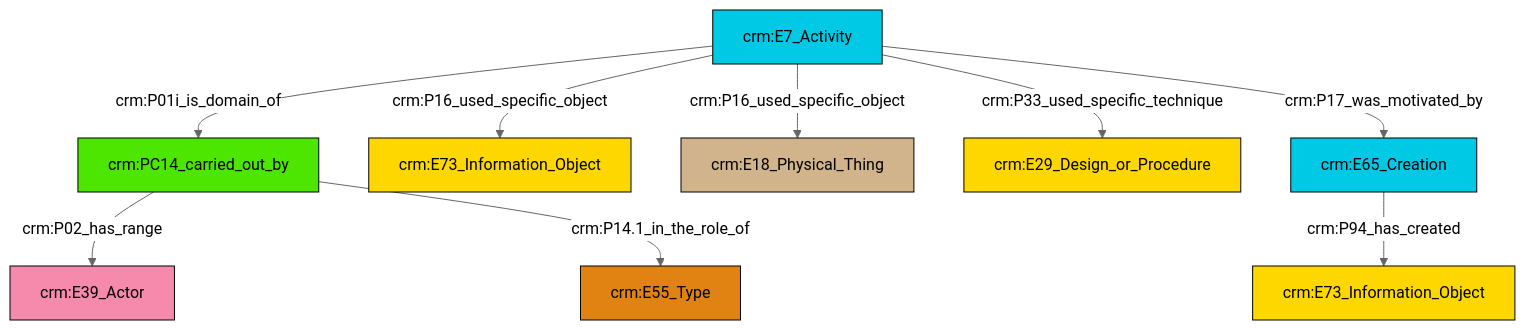
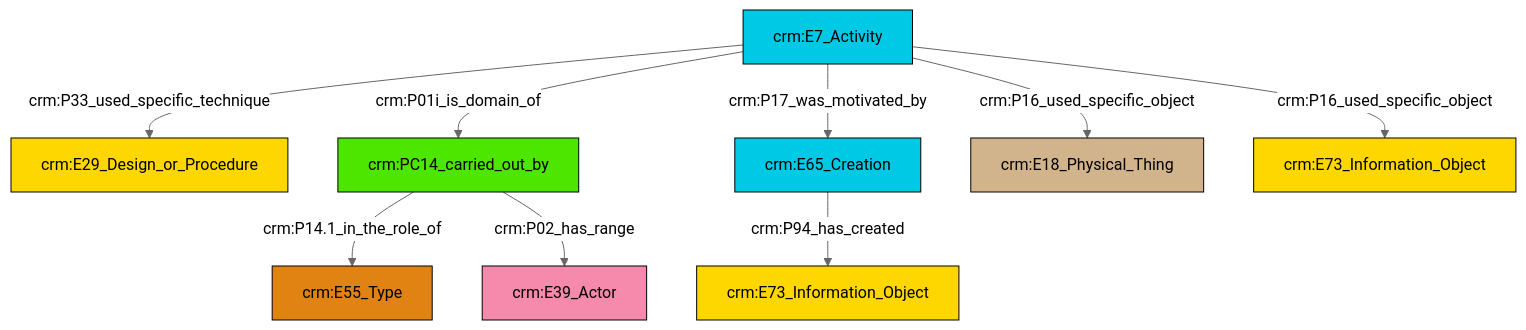
The diagram in et/eventCSV/ttl/mmd/event_participation.ttl.mmd (swiss-art-research-net/reference-data-models), drawn with Mermaid (neutral theme) before and after one commit. The commit also changed 126 other files, not shown here.

```diff
--- a/et/eventCSV/ttl/mmd/event_participation.ttl.mmd
+++ b/et/eventCSV/ttl/mmd/event_participation.ttl.mmd
@@ -1,23 +1,23 @@
 graph TD
 classDef Literal fill:#f2f2f2,stroke:#000000;
 classDef CRM_Entity fill:#FFFFFF,stroke:#000000;
 classDef Temporal_Entity fill:#00C9E6, stroke:#000000;
 classDef Type fill:#E18312, stroke:#000000;
 classDef Time-Span fill:#2C9C91, stroke:#000000;
 classDef Appellation fill:#FFEB7F, stroke:#000000;
 classDef Place fill:#008836, stroke:#000000;
 classDef Persistent_Item fill:#B266B2, stroke:#000000;
 classDef Conceptual_Object fill:#FFD700, stroke:#000000;
 classDef Physical_Thing fill:#D2B48C, stroke:#000000;
 classDef Actor fill:#f58aad, stroke:#000000;
 classDef PC_Classes fill:#4ce600, stroke:#000000;
 classDef Multi fill:#cccccc,stroke:#000000;
 
-0["crm:E65_Creation"]:::Temporal_Entity -->|crm:P94_has_created| 1["crm:E73_Information_Object"]:::Conceptual_Object
-2["crm:E7_Activity"]:::Temporal_Entity -->|crm:P16_used_specific_object| 3["crm:E73_Information_Object"]:::Conceptual_Object
-2["crm:E7_Activity"]:::Temporal_Entity -->|crm:P16_used_specific_object| 5["crm:E18_Physical_Thing"]:::Physical_Thing
-2["crm:E7_Activity"]:::Temporal_Entity -->|crm:P33_used_specific_technique| 9["crm:E29_Design_or_Procedure"]:::Conceptual_Object
-10["crm:PC14_carried_out_by"]:::PC_Classes -->|crm:P02_has_range| 6["crm:E39_Actor"]:::Actor
-2["crm:E7_Activity"]:::Temporal_Entity -->|crm:P01i_is_domain_of| 10["crm:PC14_carried_out_by"]:::PC_Classes
-10["crm:PC14_carried_out_by"]:::PC_Classes -->|crm:P14.1_in_the_role_of| 11["crm:E55_Type"]:::Type
-2["crm:E7_Activity"]:::Temporal_Entity -->|crm:P17_was_motivated_by| 0["crm:E65_Creation"]:::Temporal_Entity
+0["crm:E7_Activity"]:::Temporal_Entity -->|crm:P33_used_specific_technique| 1["crm:E29_Design_or_Procedure"]:::Conceptual_Object
+4["crm:PC14_carried_out_by"]:::PC_Classes -->|crm:P14.1_in_the_role_of| 5["crm:E55_Type"]:::Type
+0["crm:E7_Activity"]:::Temporal_Entity -->|crm:P01i_is_domain_of| 4["crm:PC14_carried_out_by"]:::PC_Classes
+0["crm:E7_Activity"]:::Temporal_Entity -->|crm:P16_used_specific_object| 13["crm:E73_Information_Object"]:::Conceptual_Object
+0["crm:E7_Activity"]:::Temporal_Entity -->|crm:P16_used_specific_object| 10["crm:E18_Physical_Thing"]:::Physical_Thing
+8["crm:E65_Creation"]:::Temporal_Entity -->|crm:P94_has_created| 2["crm:E73_Information_Object"]:::Conceptual_Object
+4["crm:PC14_carried_out_by"]:::PC_Classes -->|crm:P02_has_range| 6["crm:E39_Actor"]:::Actor
+0["crm:E7_Activity"]:::Temporal_Entity -->|crm:P17_was_motivated_by| 8["crm:E65_Creation"]:::Temporal_Entity
```
